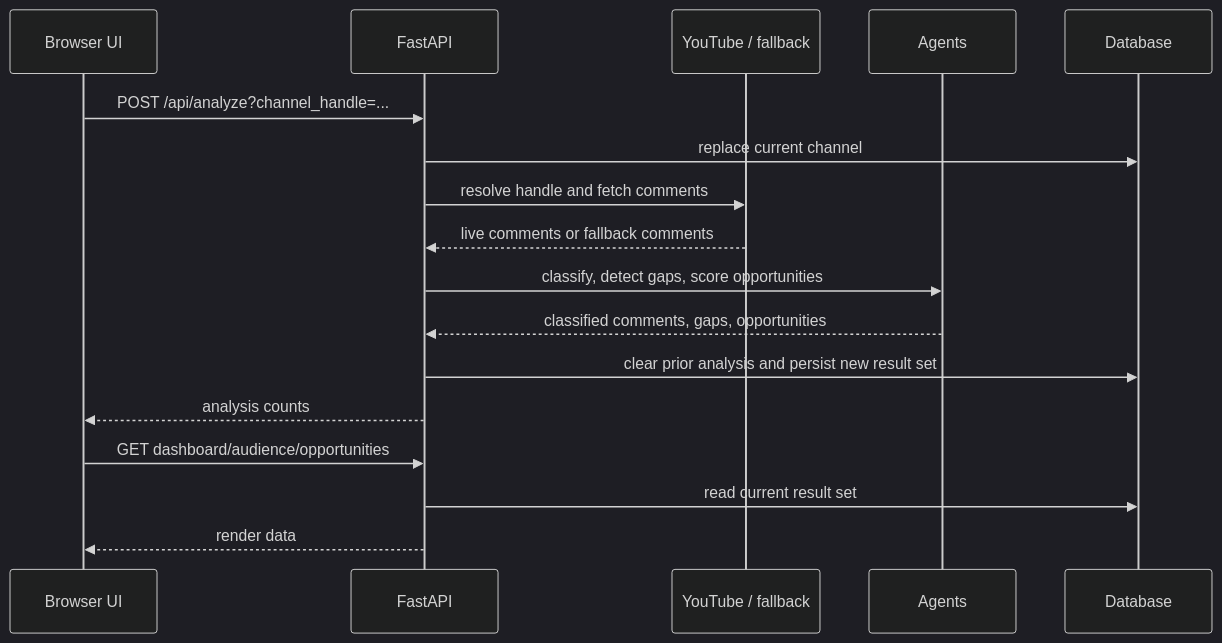
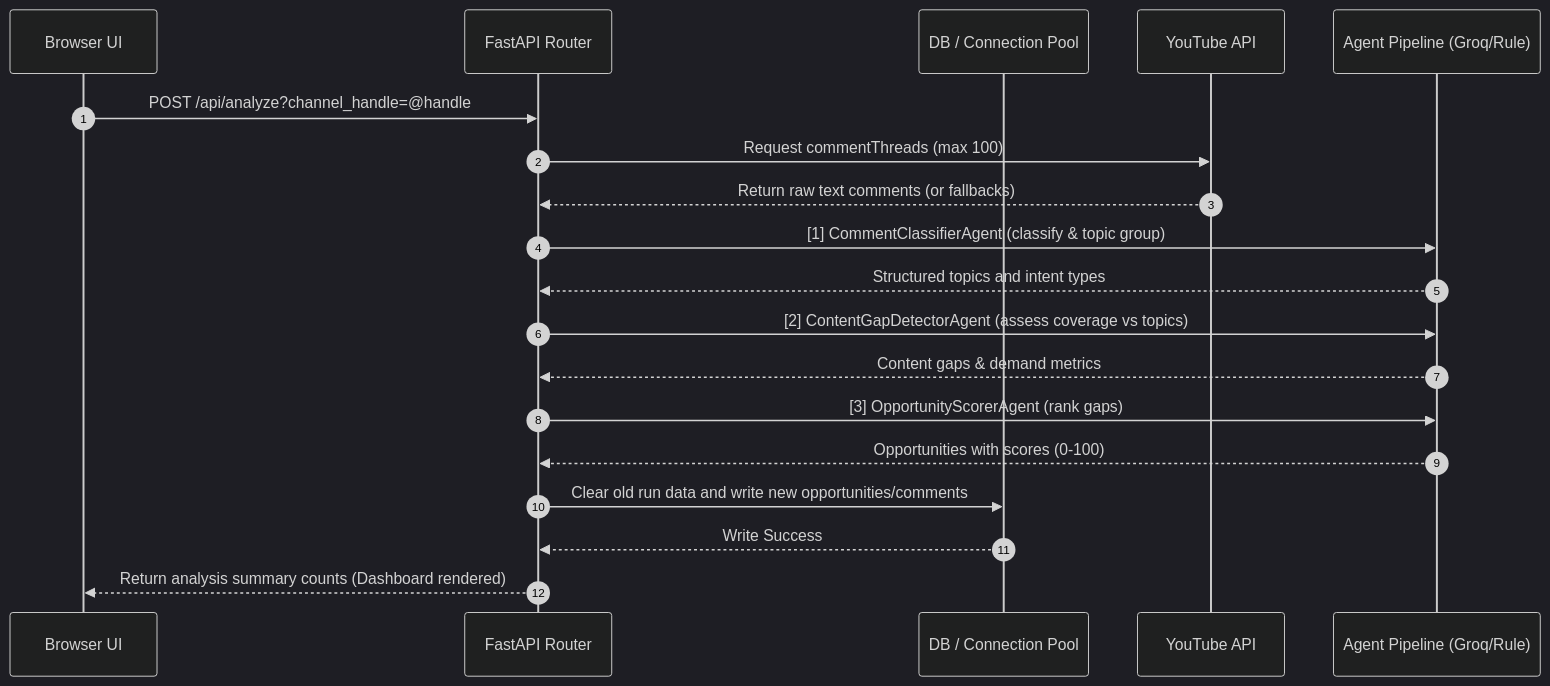
One commit to Ankitanand2411/Audience-OS changed the second of 3 diagrams in README.md. Above: the diagram before and after it, drawn with Mermaid (dark theme). The commit also changed other lines of this file, not shown here.

Commit message:
docs: update README.md with detailed system architecture & performance optimizations

````diff
--- a/README.md
+++ b/README.md
@@ -41,19 +102,26 @@
 ```mermaid
 sequenceDiagram
-  participant UI as Browser UI
-  participant API as FastAPI
-  participant YT as YouTube / fallback
-  participant A as Agents
-  participant DB as Database
-  UI->>API: POST /api/analyze?channel_handle=...
-  API->>DB: replace current channel
-  API->>YT: resolve handle and fetch comments
-  YT-->>API: live comments or fallback comments
-  API->>A: classify, detect gaps, score opportunities
-  A-->>API: classified comments, gaps, opportunities
-  API->>DB: clear prior analysis and persist new result set
-  API-->>UI: analysis counts
-  UI->>API: GET dashboard/audience/opportunities
-  API->>DB: read current result set
-  API-->>UI: render data
+    autonumber
+    participant UI as Browser UI
+    participant API as FastAPI Router
+    participant DB as DB / Connection Pool
+    participant YT as YouTube API
+    participant Agent as Agent Pipeline (Groq/Rule)
+
+    UI->>API: POST /api/analyze?channel_handle=@handle
+    API->>YT: Request commentThreads (max 100)
+    YT-->>API: Return raw text comments (or fallbacks)
+    
+    API->>Agent: [1] CommentClassifierAgent (classify & topic group)
+    Agent-->>API: Structured topics and intent types
+    
+    API->>Agent: [2] ContentGapDetectorAgent (assess coverage vs topics)
+    Agent-->>API: Content gaps & demand metrics
+    
+    API->>Agent: [3] OpportunityScorerAgent (rank gaps)
+    Agent-->>API: Opportunities with scores (0-100)
+    
+    API->>DB: Clear old run data and write new opportunities/comments
+    DB-->>API: Write Success
+    API-->>UI: Return analysis summary counts (Dashboard rendered)
 ```
````
